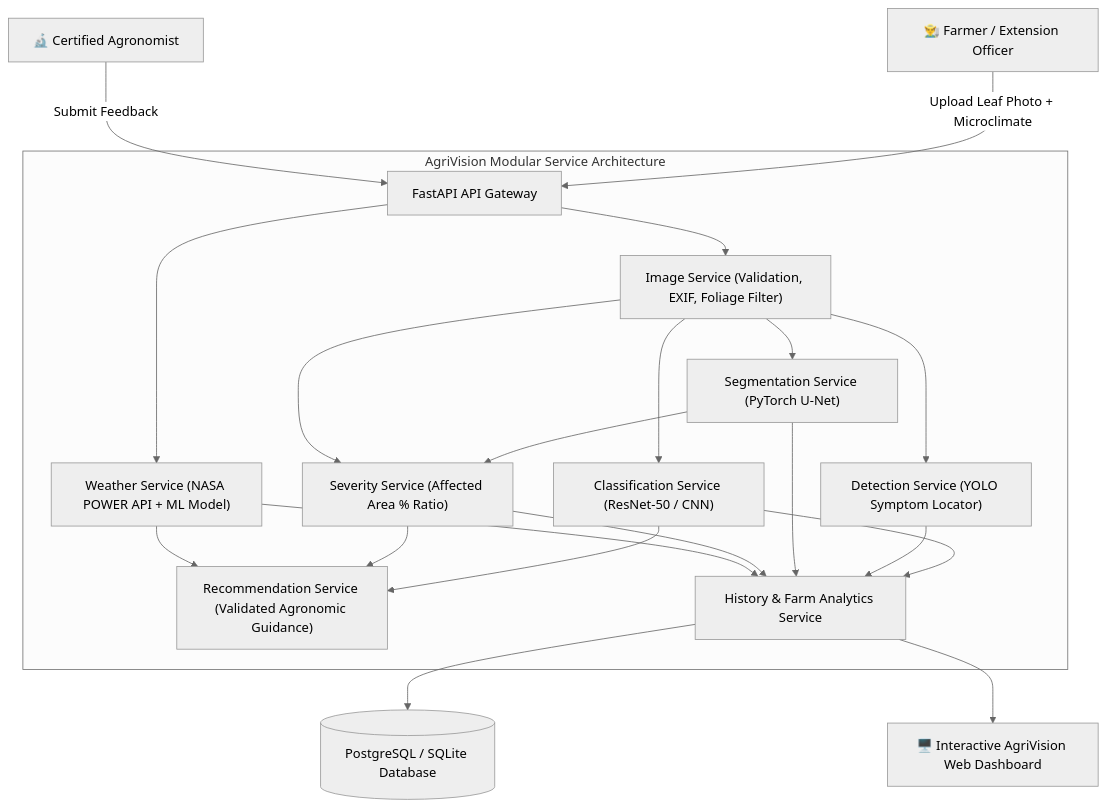
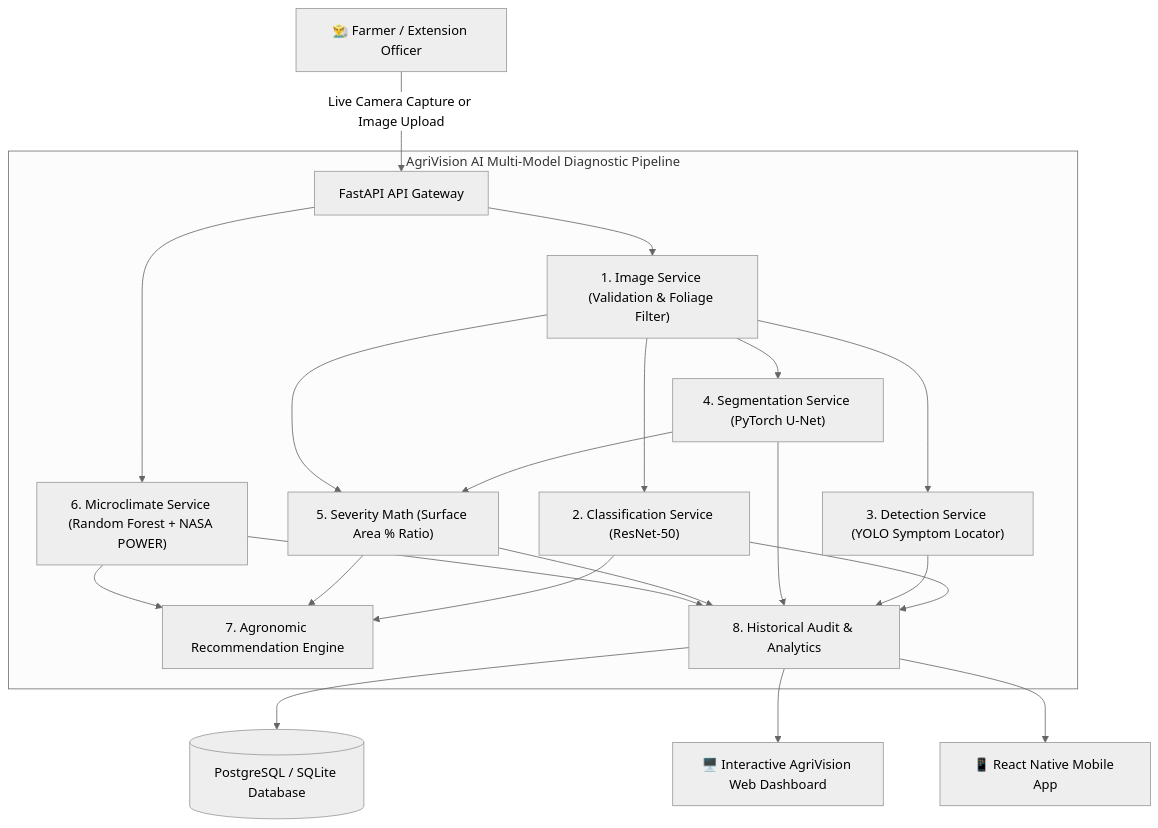
Before and after one commit to Gokulraj-max/AgriVision: the diagram in README.md, drawn with Mermaid (neutral theme). The commit also changed other lines of this file, not shown here.

Commit message:
Update README with Live Camera documentation, architecture, and deployment guide

````diff
--- a/README.md
+++ b/README.md
@@ -40,21 +32,21 @@
 ```mermaid
 flowchart TD
-    User["👨‍🌾 Farmer / Extension Officer"] -->|Upload Leaf Photo + Microclimate| Gateway["FastAPI API Gateway"]
+    User["👨‍🌾 Farmer / Extension Officer"] -->|Live Camera Capture or Image Upload| Gateway["FastAPI API Gateway"]
     
-    subgraph Services ["AgriVision Modular Service Architecture"]
-        Gateway --> ImgSvc["Image Service (Validation, EXIF, Foliage Filter)"]
-        ImgSvc --> ClassSvc["Classification Service (ResNet-50 / CNN)"]
-        ImgSvc --> DetectSvc["Detection Service (YOLO Symptom Locator)"]
-        ImgSvc --> SegSvc["Segmentation Service (PyTorch U-Net)"]
+    subgraph Pipeline ["AgriVision AI Multi-Model Diagnostic Pipeline"]
+        Gateway --> ImgSvc["1. Image Service (Validation & Foliage Filter)"]
+        ImgSvc --> ClassSvc["2. Classification Service (ResNet-50)"]
+        ImgSvc --> DetectSvc["3. Detection Service (YOLO Symptom Locator)"]
+        ImgSvc --> SegSvc["4. Segmentation Service (PyTorch U-Net)"]
         
-        SegSvc & ImgSvc --> SevSvc["Severity Service (Affected Area % Ratio)"]
-        Gateway --> WeatherSvc["Weather Service (NASA POWER API + ML Model)"]
+        SegSvc & ImgSvc --> SevSvc["5. Severity Math (Surface Area % Ratio)"]
+        Gateway --> WeatherSvc["6. Microclimate Service (Random Forest + NASA POWER)"]
         
-        ClassSvc & SevSvc & WeatherSvc --> RecSvc["Recommendation Service (Validated Agronomic Guidance)"]
-        ClassSvc & DetectSvc & SegSvc & SevSvc & WeatherSvc --> HistSvc["History & Farm Analytics Service"]
+        ClassSvc & SevSvc & WeatherSvc --> RecSvc["7. Agronomic Recommendation Engine"]
+        ClassSvc & DetectSvc & SegSvc & SevSvc & WeatherSvc --> HistSvc["8. Historical Audit & Analytics"]
     end
     
     HistSvc --> DB[("PostgreSQL / SQLite Database")]
-    HistSvc --> Dashboard["🖥️ Interactive AgriVision Web Dashboard"]
-    Expert["🔬 Certified Agronomist"] -->|Submit Feedback| Gateway
+    HistSvc --> WebUI["🖥️ Interactive AgriVision Web Dashboard"]
+    HistSvc --> MobileApp["📱 React Native Mobile App"]
 ```
````
